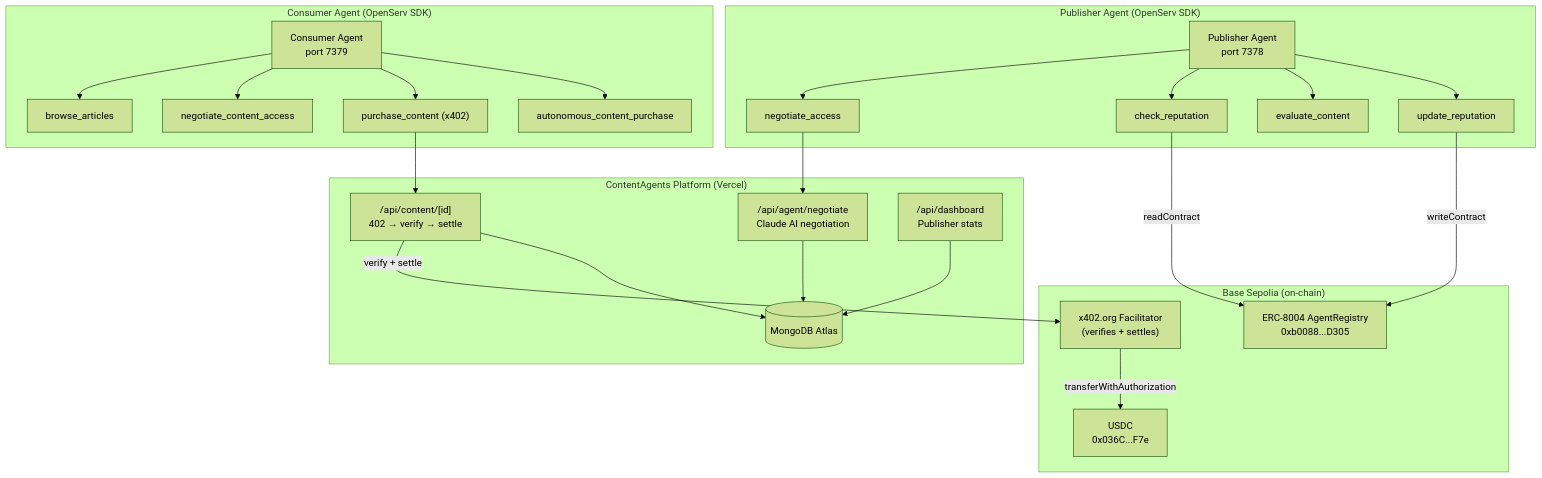
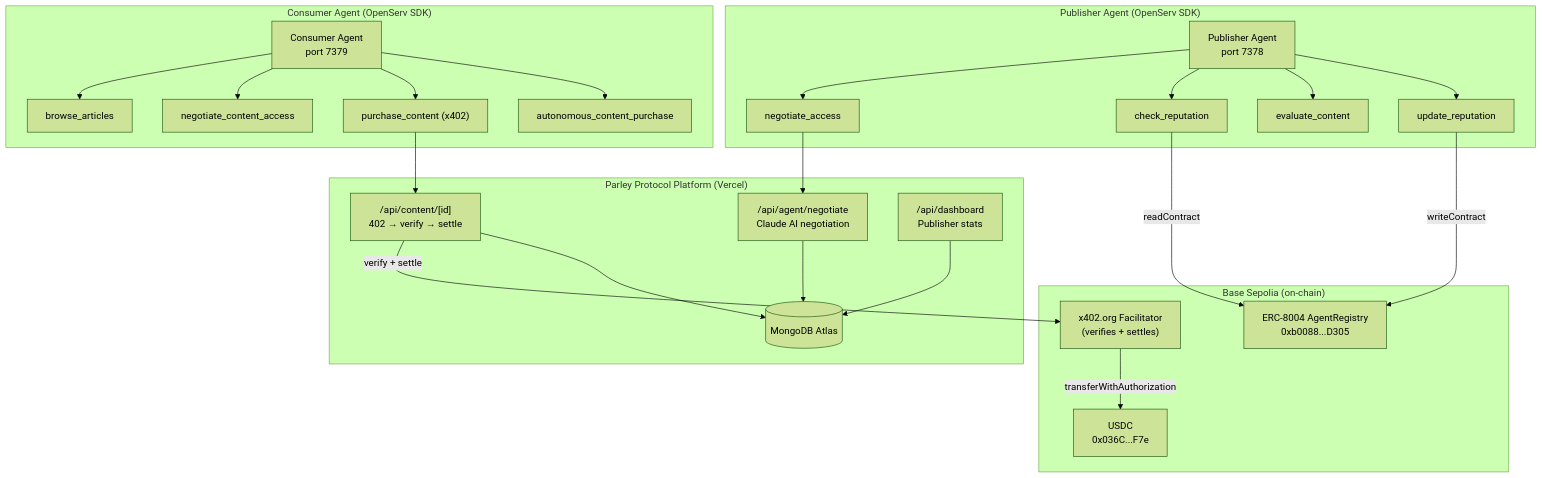
One commit to sumithprabhu/Synthesis changed the first of 3 diagrams in frontend/README.md. Above: the diagram before and after it, drawn with Mermaid (forest theme). The commit also changed other lines of this file and 17 other files, not shown here.

Commit message:
Rename project from ContentAgents to Parley Protocol, updating all relevant references throughout the codebase. Enhanced README and UI components to reflect the new branding and clarify the protocol's purpose in agent-to-agent content negotiation and micropayment settlement.

````diff
--- a/frontend/README.md
+++ b/frontend/README.md
@@ -11,43 +11,43 @@
 ```mermaid
 graph TD
     subgraph "Base Sepolia (on-chain)"
         ERC8004["ERC-8004 AgentRegistry\n0xb0088...D305"]
         USDC["USDC\n0x036C...F7e"]
         FACILITATOR["x402.org Facilitator\n(verifies + settles)"]
     end
 
-    subgraph "ContentAgents Platform (Vercel)"
+    subgraph "Parley Protocol Platform (Vercel)"
         CONTENT_API["/api/content/[id]\n402 → verify → settle"]
         NEG_API["/api/agent/negotiate\nClaude AI negotiation"]
         DASH_API["/api/dashboard\nPublisher stats"]
         DB[(MongoDB Atlas)]
     end
 
     subgraph "Publisher Agent (OpenServ SDK)"
         PUB_AGENT["Publisher Agent\nport 7378"]
         CAP1["negotiate_access"]
         CAP2["check_reputation"]
         CAP3["evaluate_content"]
         CAP4["update_reputation"]
         PUB_AGENT --> CAP1 & CAP2 & CAP3 & CAP4
     end
 
     subgraph "Consumer Agent (OpenServ SDK)"
         CON_AGENT["Consumer Agent\nport 7379"]
         CAP5["browse_articles"]
         CAP6["negotiate_content_access"]
         CAP7["purchase_content (x402)"]
         CAP8["autonomous_content_purchase"]
         CON_AGENT --> CAP5 & CAP6 & CAP7 & CAP8
     end
 
     CAP2 -->|readContract| ERC8004
     CAP4 -->|writeContract| ERC8004
     CAP1 --> NEG_API
     CAP7 --> CONTENT_API
     CONTENT_API -->|verify + settle| FACILITATOR
     FACILITATOR -->|transferWithAuthorization| USDC
     CONTENT_API --> DB
     NEG_API --> DB
     DASH_API --> DB
 ```
````
